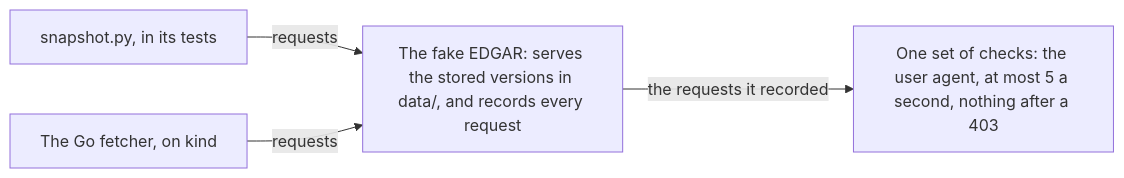
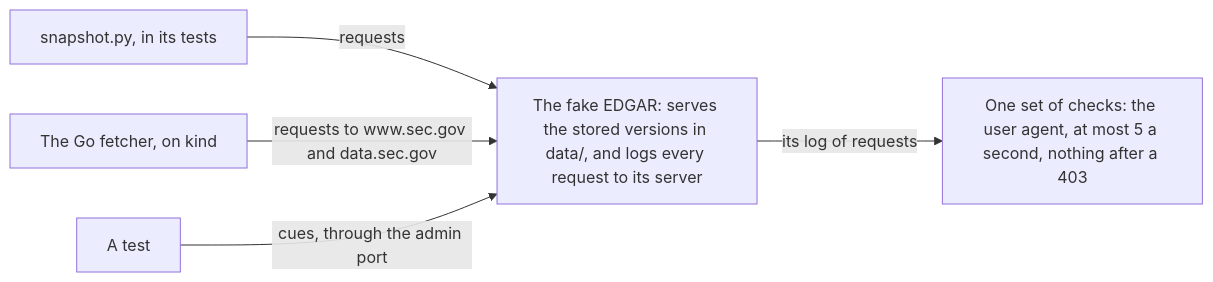
The diagram in docs/explanation/testing-and-verification.md (nslaughter/edgar-data-pipeline), drawn with Mermaid before and after one commit. The commit also changed other lines of this file and 21 other files, not shown here.

First line of the commit message:
Specify the fake EDGAR (T47) (#38)

````diff
--- a/docs/explanation/testing-and-verification.md
+++ b/docs/explanation/testing-and-verification.md
@@ -199,6 +233,7 @@
 ```mermaid
 flowchart LR
     S["snapshot.py, in its tests"] -->|requests| FE
-    F["The Go fetcher, on kind"] -->|requests| FE
-    FE["The fake EDGAR: serves the stored versions in data/, and records every request"] -->|the requests it recorded| C["One set of checks: the user agent, at most 5 a second, nothing after a 403"]
+    F["The Go fetcher, on kind"] -->|requests to www.sec.gov and data.sec.gov| FE
+    T["A test"] -->|cues, through the admin port| FE
+    FE["The fake EDGAR: serves the stored versions in data/, and logs every request to its server"] -->|its log of requests| C["One set of checks: the user agent, at most 5 a second, nothing after a 403"]
 ```
````
